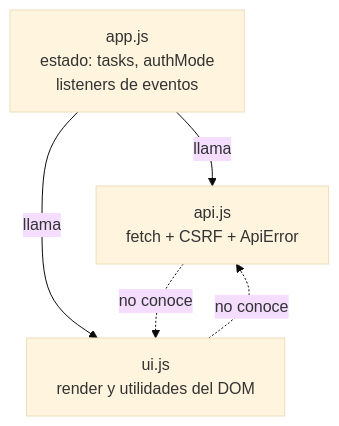
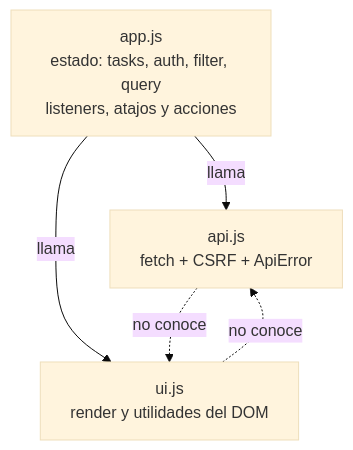
Before and after one commit to sulbaranjesus03/todoList: the fourth of 5 diagrams in README.md, drawn with Mermaid (base theme). The commit also changed other lines of this file and 8 other files, not shown here.

````diff
--- a/README.md
+++ b/README.md
@@ -335,11 +344,11 @@
 ```mermaid
 flowchart TB
-    APP["app.js<br/>estado: tasks, authMode<br/>listeners de eventos"]
+    APP["app.js<br/>estado: tasks, auth, filter, query<br/>listeners, atajos y acciones"]
     API["api.js<br/>fetch + CSRF + ApiError"]
     UI["ui.js<br/>render y utilidades del DOM"]
 
     APP -->|"llama"| API
     APP -->|"llama"| UI
     API -.->|"no conoce"| UI
     UI -.->|"no conoce"| API
 ```
````
